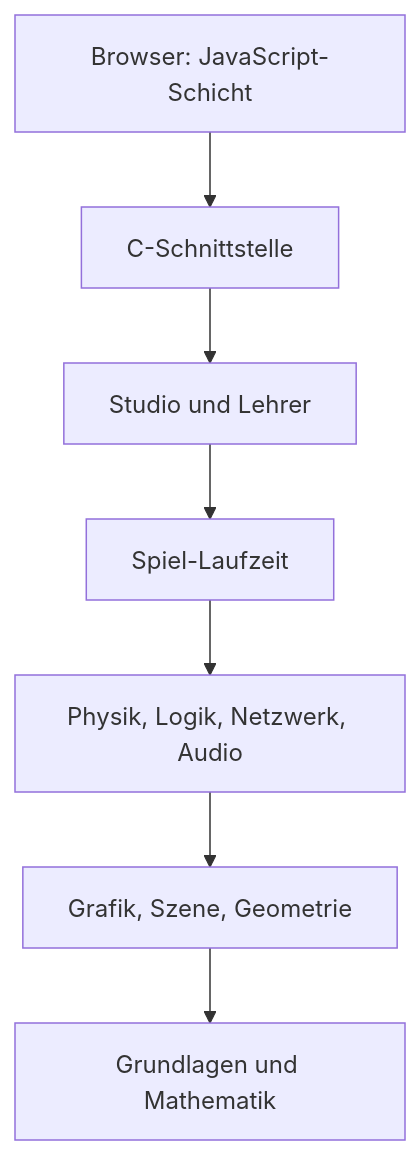
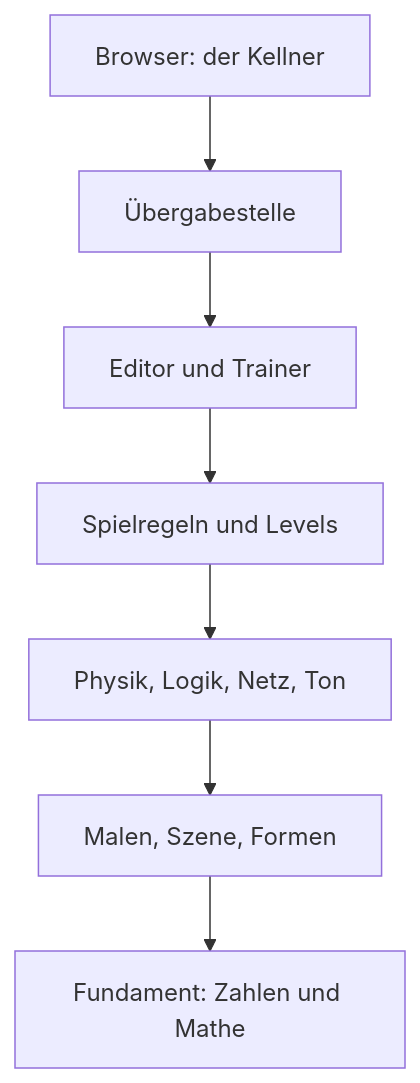
One commit to ChristianHohlfeld/kernengine.de changed the diagram in kern/docs/buch-gruen/01-einfuehrung.md. Above: the diagram before and after it, drawn with Mermaid. The commit also changed other lines of this file and 2 other files, not shown here.

````diff
--- a/kern/docs/buch-gruen/01-einfuehrung.md
+++ b/kern/docs/buch-gruen/01-einfuehrung.md
@@ -103,9 +160,9 @@
 ```mermaid
 flowchart TB
-  JS["Browser: JavaScript-Schicht"] --> ABI["C-Schnittstelle"]
-  ABI --> TOP["Studio und Lehrer"]
-  TOP --> GAME["Spiel-Laufzeit"]
-  GAME --> MID["Physik, Logik, Netzwerk, Audio"]
-  MID --> GFX["Grafik, Szene, Geometrie"]
-  GFX --> CORE["Grundlagen und Mathematik"]
+  JS["Browser: der Kellner"] --> ABI["Übergabestelle"]
+  ABI --> TOP["Editor und Trainer"]
+  TOP --> GAME["Spielregeln und Levels"]
+  GAME --> MID["Physik, Logik, Netz, Ton"]
+  MID --> GFX["Malen, Szene, Formen"]
+  GFX --> CORE["Fundament: Zahlen und Mathe"]
 ```
````
